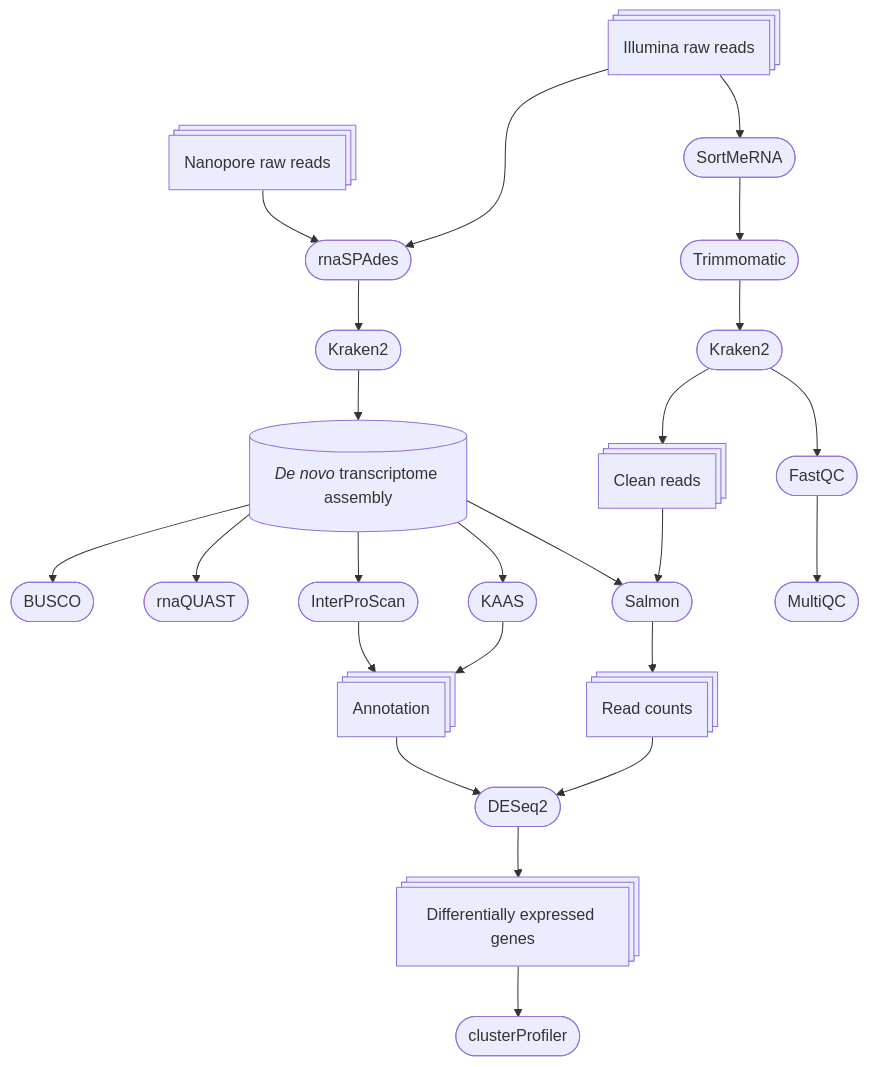
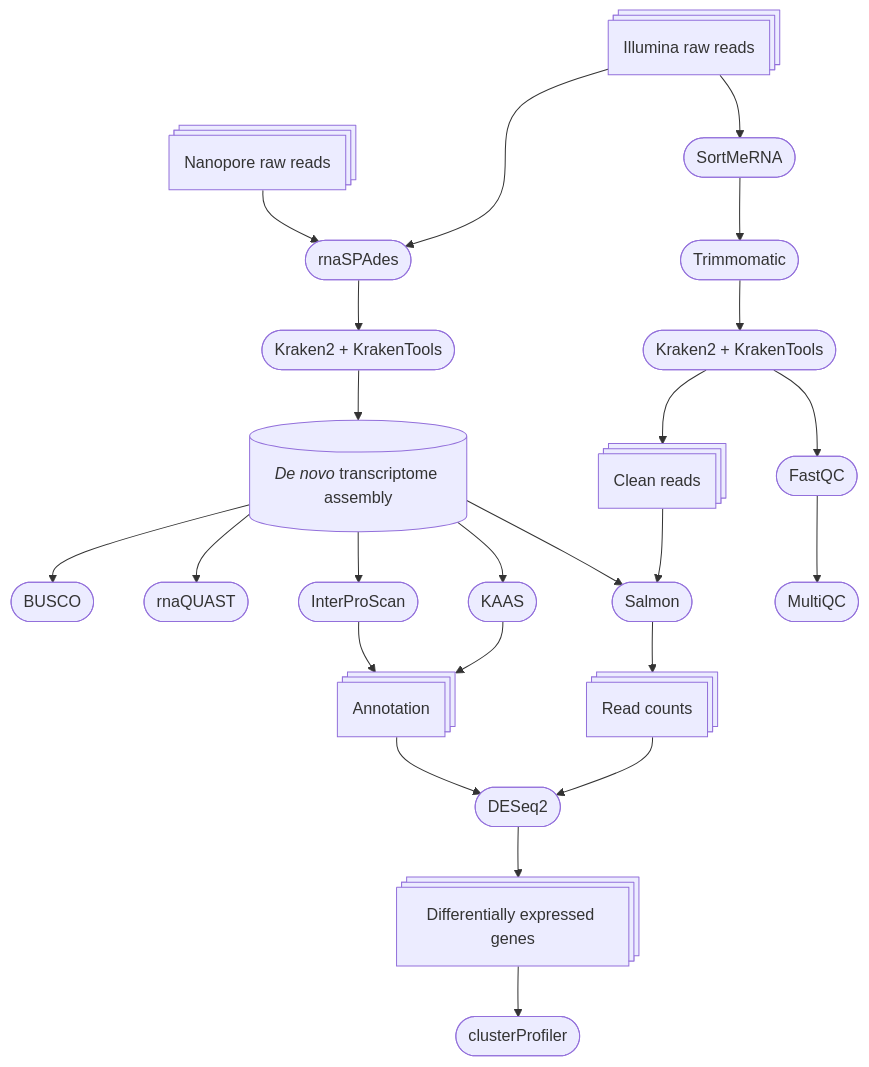
Before and after one commit to kuprinak/Phragmites_drought_RNAseq: the diagram in README.md, drawn with Mermaid. The commit also changed other lines of this file, not shown here.

````diff
--- a/README.md
+++ b/README.md
@@ -18,26 +18,26 @@
 ```mermaid
 flowchart TB
     A@{shape: procs, label: "Illumina raw reads"} --> B([SortMeRNA]);
 AA@{shape: procs, label: "Nanopore raw reads"} --> G([rnaSPAdes]);
 K2 -->T@{shape: cyl, label: "_De novo_ transcriptome assembly"};
     B --> C([Trimmomatic]);
-    C --> K([Kraken2]);
+    C --> K([Kraken2 + KrakenTools]);
     K --> F@{shape: procs, label: "Clean reads"};
     A --> G([rnaSPAdes]);
-    G --> K2([Kraken2]);
+    G --> K2([Kraken2 + KrakenTools]);
     T --> BU([BUSCO]);
     T --> Q([rnaQUAST]);
     T --> I([InterProScan]);
     I --> An@{shape: procs, label: "Annotation"};
     KAAS --> An@{shape: procs, label: "Annotation"};
     An --> R;
     T --> KAAS([KAAS]);  
     T --> S([Salmon]);
     F --> S([Salmon]);
     S --> q@{shape: procs, label: "Read counts"};
     q --> R([DESeq2]);
     R --> DEG@{shape: procs, label: "Differentially expressed genes"};
     DEG --> cl([clusterProfiler]);
     K --> E([FastQC]);
     E --> m([MultiQC]);
 ```
````
